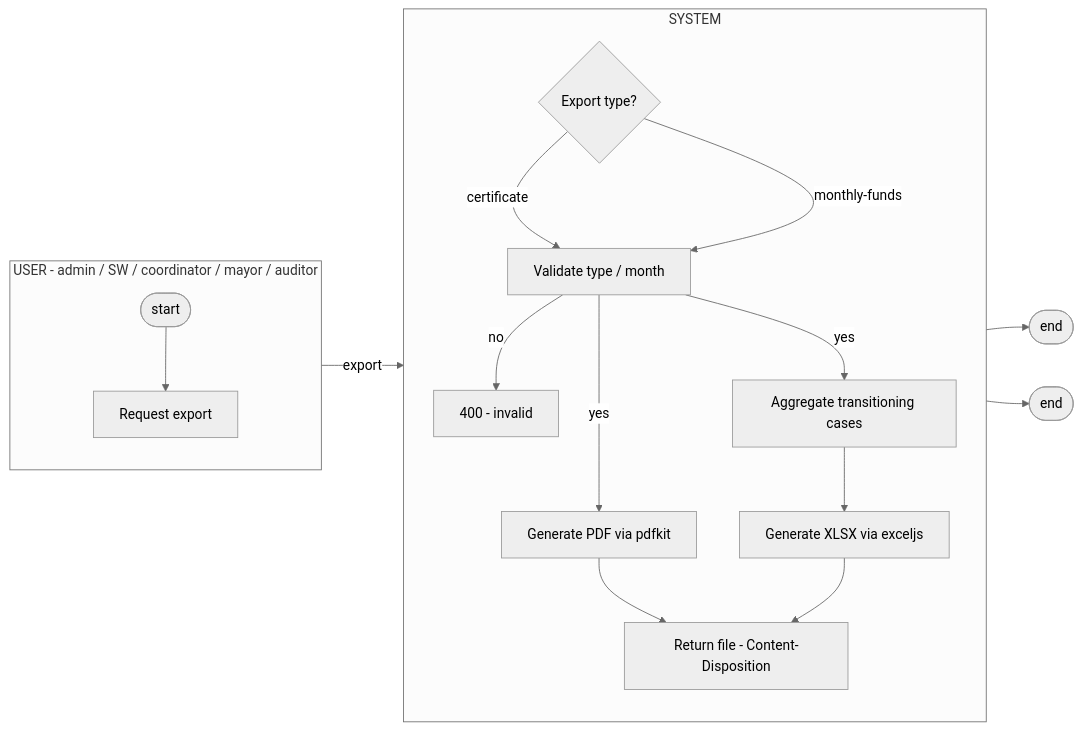
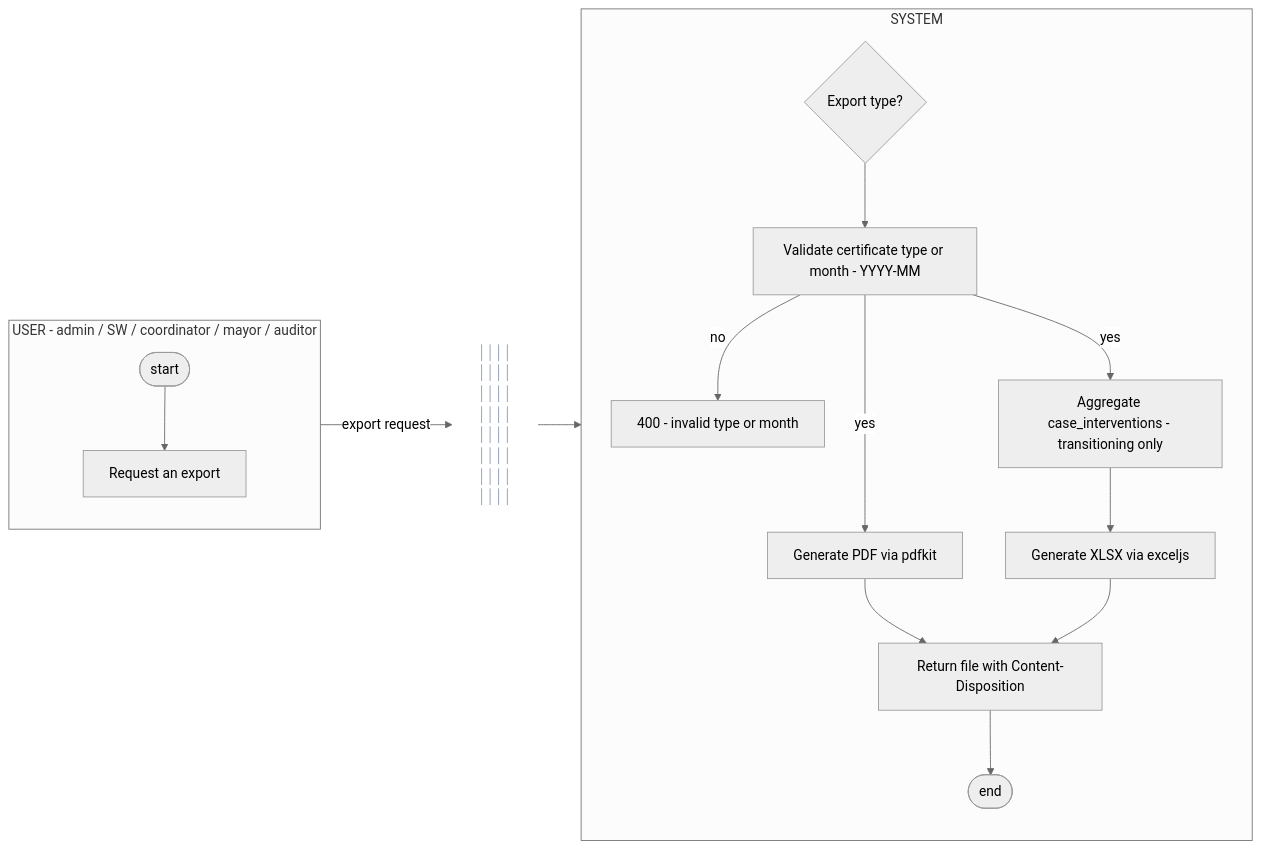
One commit to urlsalimbot/THESIS1-KAPWA changed the ninth of 12 diagrams in docs/diagrams/04-1-activity-diagram.md. Above: the diagram before and after it, drawn with Mermaid (neutral theme). The commit also changed other lines of this file, not shown here.

Commit message:
docs: add vertical divider line between user and system lanes in activity diagrams

````diff
--- a/docs/diagrams/04-1-activity-diagram.md
+++ b/docs/diagrams/04-1-activity-diagram.md
@@ -302,28 +283,22 @@
 ```mermaid
 flowchart LR
     subgraph U["USER - admin / SW / coordinator / mayor / auditor"]
         direction TB
-        A([start]) --> B[Request export]
+        A([start]) --> B[Request an export]
     end
     subgraph S["SYSTEM"]
         direction TB
         C{Export type?}
-        D[Validate type / month]
-        E[Generate PDF via pdfkit]
-        F[Aggregate transitioning cases]
-        G[Generate XLSX via exceljs]
-        H[Return file - Content-Disposition]
-        I[400 - invalid]
+        C --> D[Validate certificate type or month - YYYY-MM]
+        D -- no --> I[400 - invalid type or month]
+        D -- yes --> E[Generate PDF via pdfkit]
+        D -- yes --> F[Aggregate case_interventions - transitioning only]
+        F --> G[Generate XLSX via exceljs]
+        E --> H[Return file with Content-Disposition]
+        G --> H
+        H --> N([end])
     end
-    B -->|"export"| C
-    C -- certificate --> D
-    C -- monthly-funds --> D
-    D -- no --> I
-    I --> Z([end])
-    D -- yes --> E
-    D -- yes --> F
-    F --> G
-    E --> H
-    G --> H
-    H --> N([end])
+    DIV["││││<br/>││││<br/>││││<br/>││││<br/>││││<br/>││││<br/>││││<br/>││││"]
+    B -->|"export request"| DIV --> C
+    style DIV fill:none,stroke:none,color:#94a3b8,font-size:16px,font-weight:bold
 ```
````
